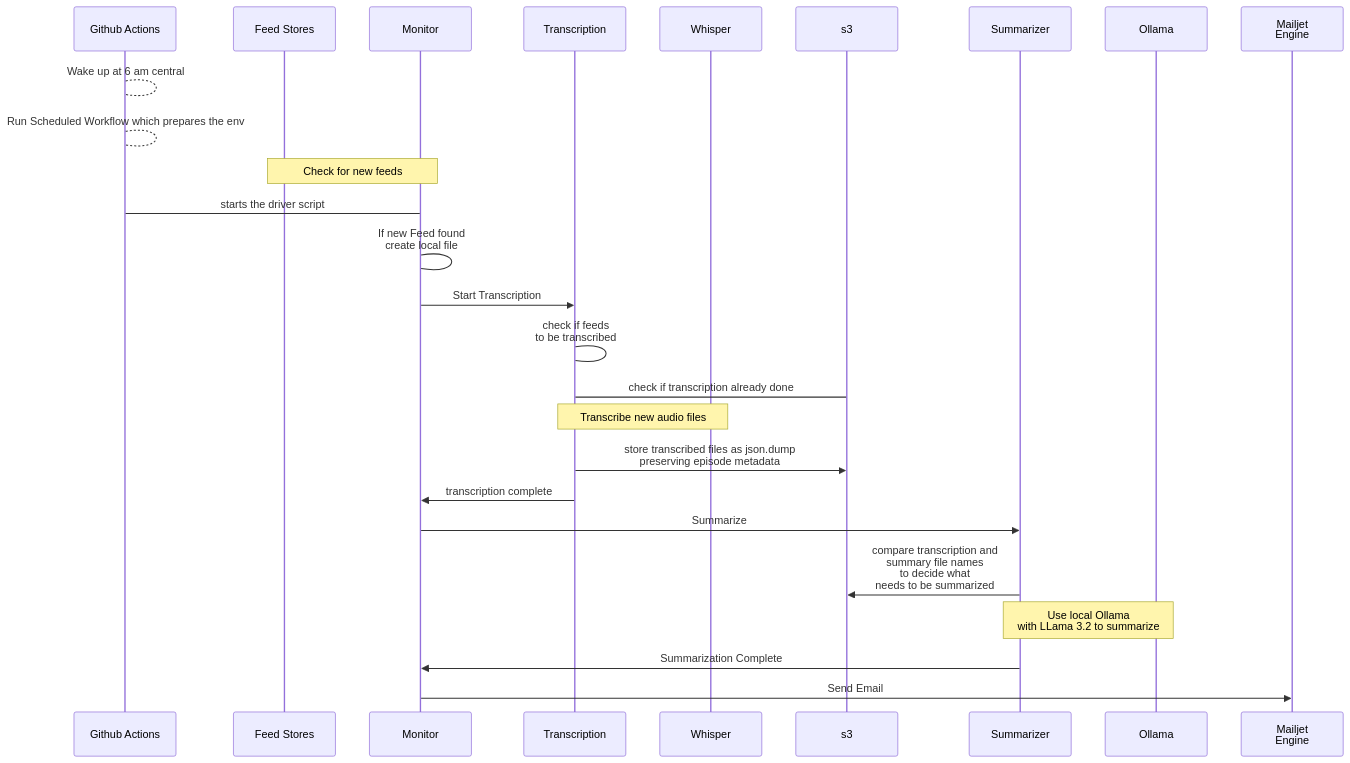
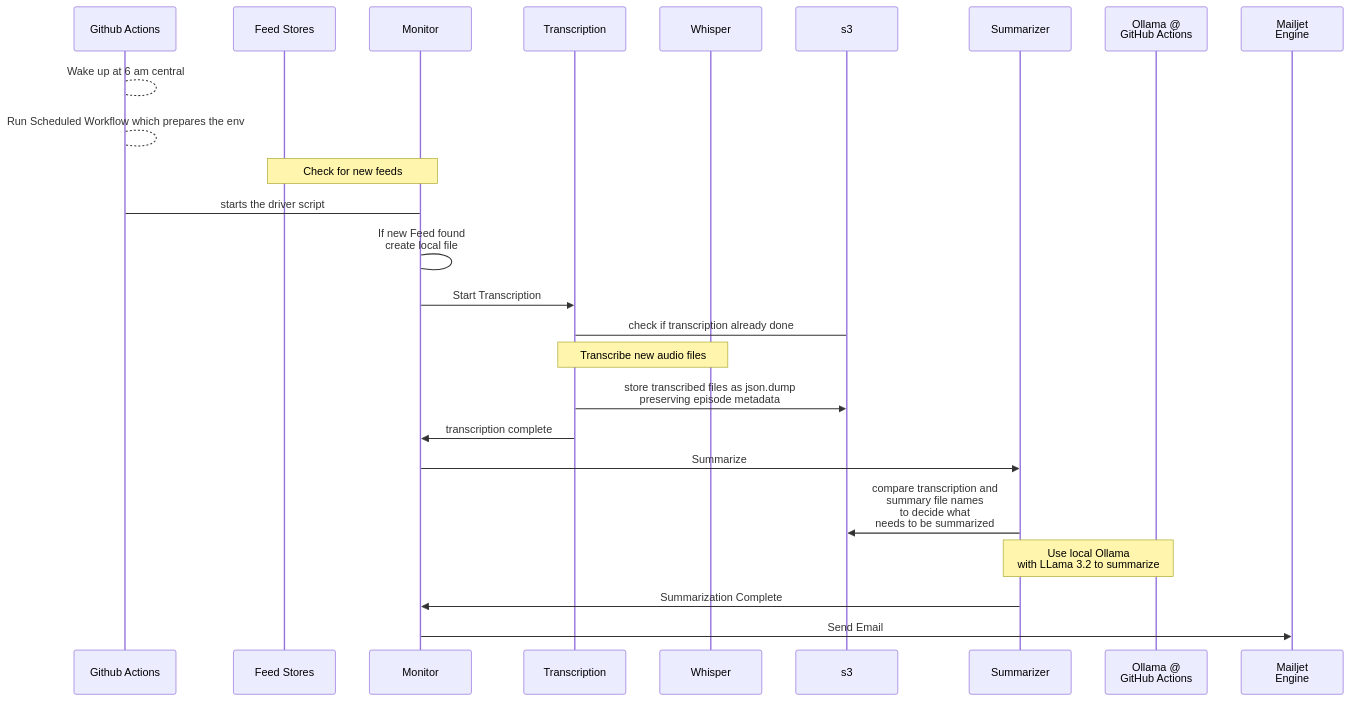
Before and after one commit to rahulguha/podcast_monitor: the diagram in Architecture/simple-sequence.md, drawn with Mermaid. The commit also changed 9 other files, not shown here.

````diff
--- a/Architecture/simple-sequence.md
+++ b/Architecture/simple-sequence.md
@@ -1,36 +1,34 @@
 ```mermaid
 sequenceDiagram
     participant actions as Github Actions
     participant feeds as Feed Stores
     participant m as Monitor
     participant t as Transcription
     participant w as Whisper
     participant s3 
     participant summ as Summarizer
-    participant o as Ollama
+    participant o as Ollama @ <br/>GitHub Actions
 
     participant mail as Mailjet <br/>Engine
     
     actions -->actions: Wake up at 6 am central
     actions -->actions: Run Scheduled Workflow which prepares the env
     Note over m, feeds: Check for new feeds
     actions ->m: starts the driver script
     m -> m: If new Feed found <br/> create local file
     
     
     m ->>t: Start Transcription
-    t->t: check if feeds <br/>to be transcribed
     t->s3: check if transcription already done
     Note over t, w: Transcribe new audio files
-
     t->>s3: store transcribed files as json.dump <br/>preserving episode metadata
     t->>m: transcription complete
 
       
     m->>summ: Summarize
     summ ->> s3: compare transcription and <br/>summary file names <br/>to decide what <br/> needs to be summarized
     Note over summ, o: Use local Ollama <br/> with LLama 3.2 to summarize
     summ ->> m: Summarization Complete
     m->>mail: Send Email
 
 ```
````
